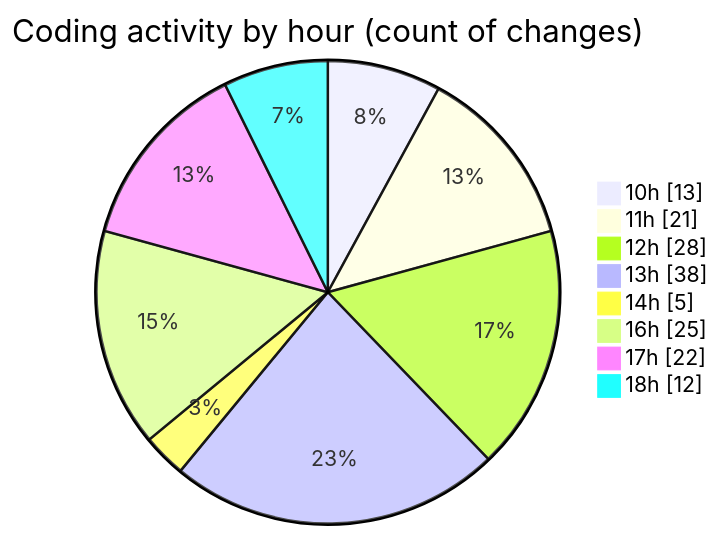
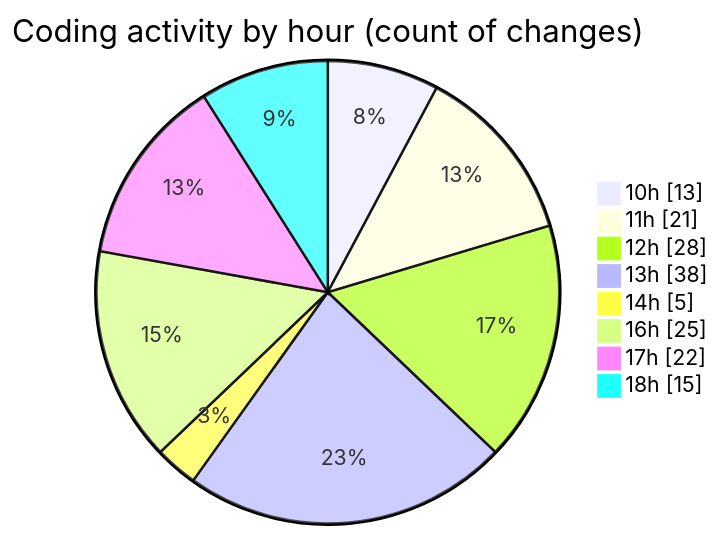
Before and after one commit to momahboobian/code-tracking: the second of 2 diagrams in 2025-06-19/cda/README.md, drawn with Mermaid. The commit also changed other lines of this file and 1 other file, not shown here.

````diff
--- a/2025-06-19/cda/README.md
+++ b/2025-06-19/cda/README.md
@@ -49,12 +49,12 @@
 ```mermaid
 pie showData
 title Coding activity by hour (count of changes)
 "10h" : 13
 "11h" : 21
 "12h" : 28
 "13h" : 38
 "14h" : 5
 "16h" : 25
 "17h" : 22
-"18h" : 12
+"18h" : 15
 ```
````
